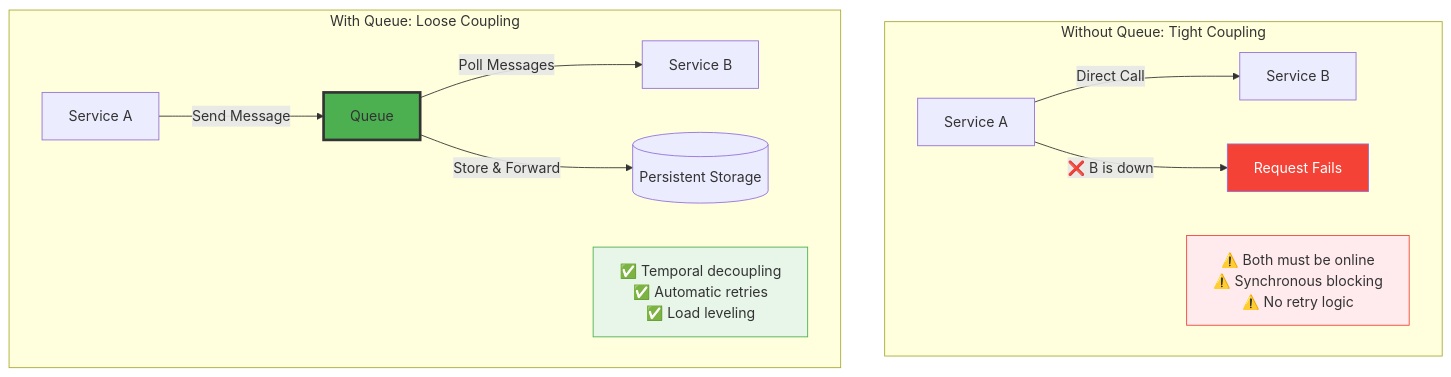
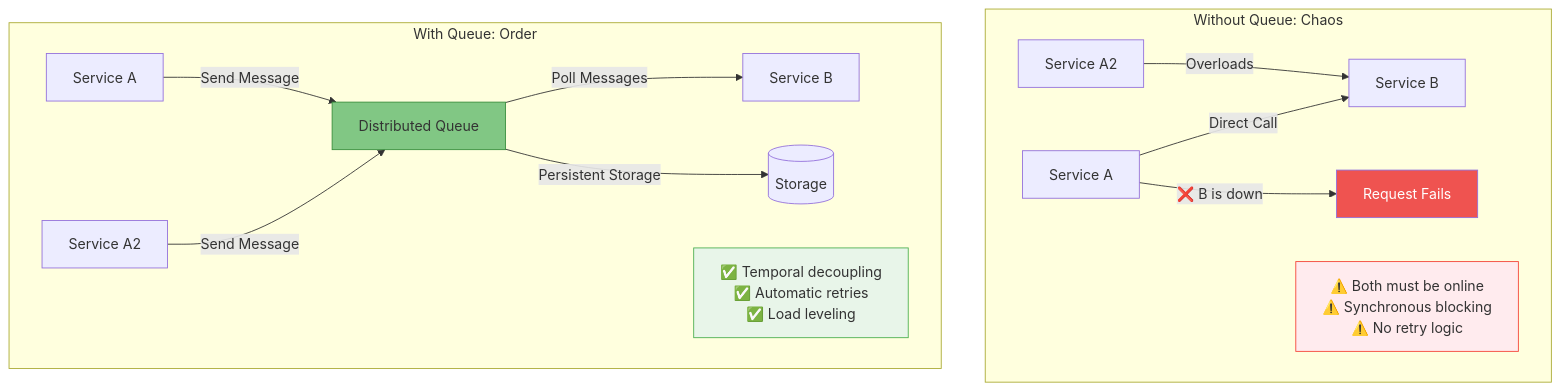
Before and after one commit to deepaucksharma/DStudio: the first of 6 diagrams in docs/pattern-library/coordination/distributed-queue.md, drawn with Mermaid. The commit also changed other lines of this file and 11 other files, not shown here.

````diff
--- a/docs/pattern-library/coordination/distributed-queue.md
+++ b/docs/pattern-library/coordination/distributed-queue.md
@@ -138,20 +92,22 @@
 ```mermaid
 graph TB
-    subgraph "Without Queue: Tight Coupling"
+    subgraph "Without Queue: Chaos"
         A1[Service A] -->|Direct Call| B1[Service B]
         A1 -->|❌ B is down| X[Request Fails]
+        A2[Service A2] -->|Overloads| B1
         Note1[⚠️ Both must be online<br/>⚠️ Synchronous blocking<br/>⚠️ No retry logic]
     end
     
-    subgraph "With Queue: Loose Coupling"
-        A2[Service A] -->|Send Message| Q[Queue]
+    subgraph "With Queue: Order"
+        A3[Service A] -->|Send Message| Q[Distributed Queue]
+        A4[Service A2] -->|Send Message| Q
         Q -->|Poll Messages| B2[Service B]
-        Q -->|Store & Forward| S[(Persistent Storage)]
+        Q -->|Persistent Storage| S[(Storage)]
         Note2[✅ Temporal decoupling<br/>✅ Automatic retries<br/>✅ Load leveling]
     end
     
-    style Q fill:#4CAF50,stroke:#333,stroke-width:3px
-    style X fill:#f44336,color:#fff
+    style Q fill:#81c784,stroke:#388e3c
+    style X fill:#ef5350,color:#fff
     style Note1 fill:#ffebee,stroke:#f44336
-    style Note2 fill:#e8f5e9,stroke:#4CAF50
+    style Note2 fill:#e8f5e9,stroke:#4caf50
 ```
````
